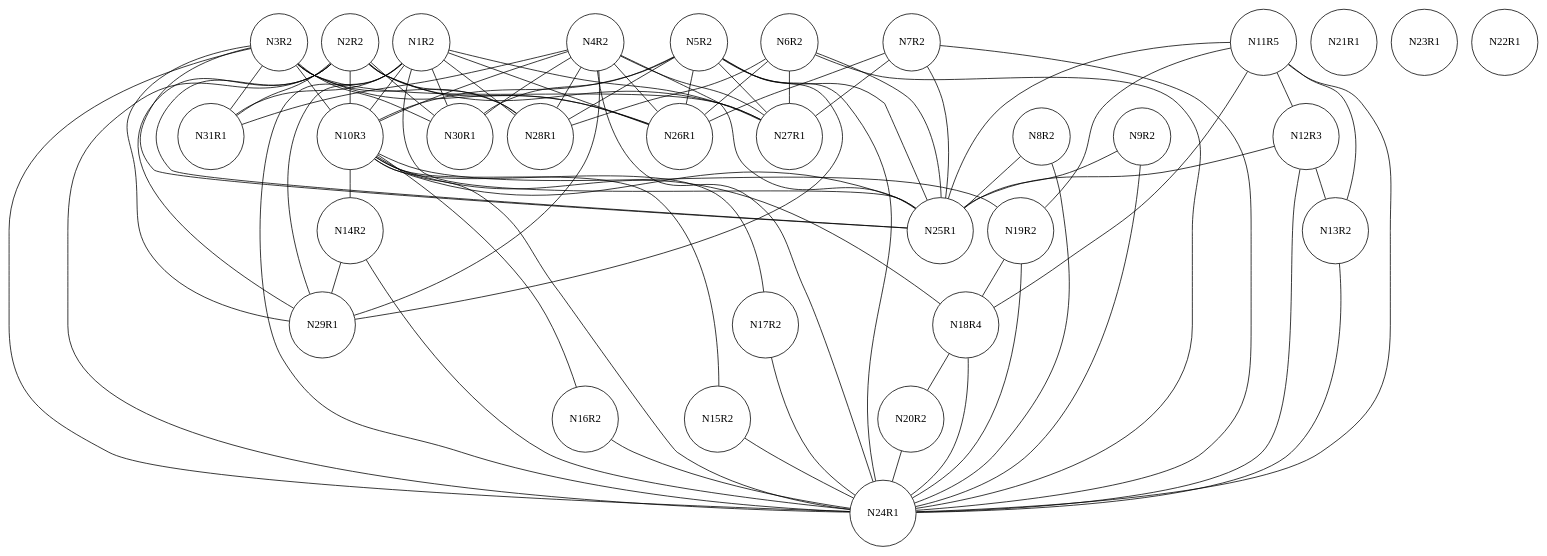
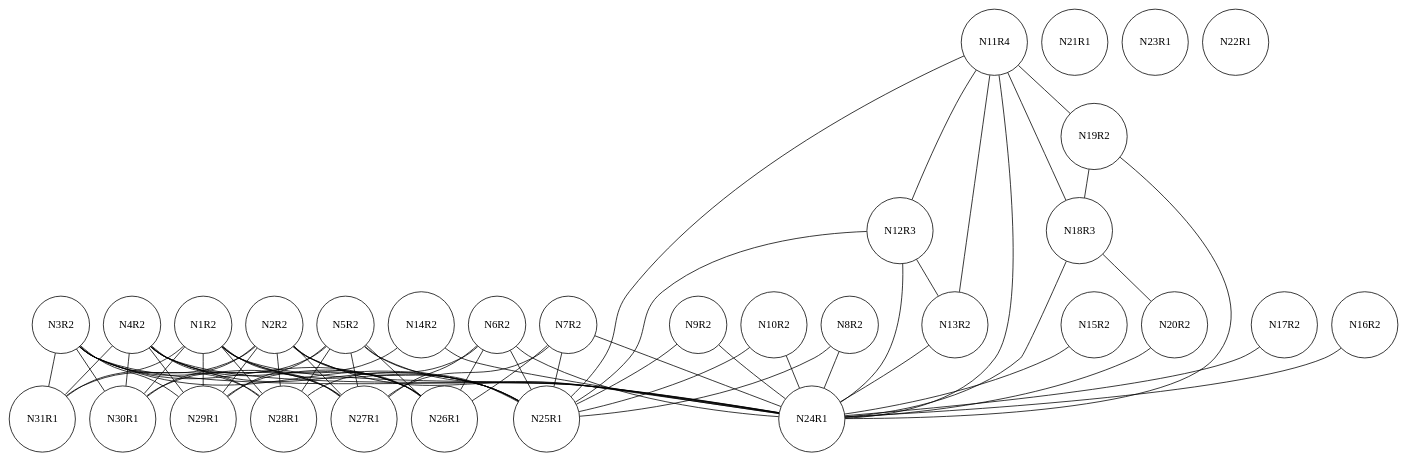
One commit to chris-wood/PL241-Compiler changed the diagram in project/test009.txt.ig.dot. Above: the diagram before and after it, drawn with Graphviz. The commit also changed 19 other files, not shown here.

```diff
--- a/project/test009.txt.ig.dot
+++ b/project/test009.txt.ig.dot
@@ -1,119 +1,108 @@
 graph ig {
     node [shape = circle];
     N1R2;
     N2R2;
     N3R2;
     N4R2;
     N5R2;
     N6R2;
     N7R2;
     N8R2;
     N9R2;
-    N10R3;
-    N11R5;
+    N10R2;
+    N11R4;
     N12R3;
     N13R2;
     N14R2;
     N15R2;
     N17R2;
     N16R2;
     N19R2;
-    N18R4;
+    N18R3;
     N21R1;
     N20R2;
     N23R1;
     N22R1;
     N25R1;
     N24R1;
     N27R1;
     N26R1;
     N29R1;
     N28R1;
     N31R1;
     N30R1;
     N1R2 -- N26R1;
     N1R2 -- N28R1;
     N1R2 -- N30R1;
     N1R2 -- N29R1;
     N1R2 -- N31R1;
     N1R2 -- N27R1;
     N1R2 -- N24R1;
     N1R2 -- N25R1;
-    N1R2 -- N10R3;
     N2R2 -- N26R1;
     N2R2 -- N28R1;
     N2R2 -- N30R1;
     N2R2 -- N29R1;
     N2R2 -- N31R1;
     N2R2 -- N27R1;
     N2R2 -- N24R1;
     N2R2 -- N25R1;
-    N2R2 -- N10R3;
     N3R2 -- N26R1;
     N3R2 -- N28R1;
     N3R2 -- N30R1;
     N3R2 -- N29R1;
     N3R2 -- N31R1;
     N3R2 -- N27R1;
     N3R2 -- N24R1;
     N3R2 -- N25R1;
-    N3R2 -- N10R3;
     N4R2 -- N26R1;
     N4R2 -- N28R1;
     N4R2 -- N30R1;
     N4R2 -- N29R1;
     N4R2 -- N31R1;
     N4R2 -- N27R1;
     N4R2 -- N24R1;
     N4R2 -- N25R1;
-    N4R2 -- N10R3;
     N5R2 -- N26R1;
     N5R2 -- N25R1;
     N5R2 -- N28R1;
     N5R2 -- N30R1;
     N5R2 -- N29R1;
     N5R2 -- N27R1;
     N5R2 -- N24R1;
-    N5R2 -- N10R3;
     N6R2 -- N26R1;
     N6R2 -- N25R1;
     N6R2 -- N28R1;
     N6R2 -- N27R1;
     N6R2 -- N24R1;
     N7R2 -- N26R1;
     N7R2 -- N25R1;
     N7R2 -- N27R1;
     N7R2 -- N24R1;
     N8R2 -- N25R1;
     N8R2 -- N24R1;
     N9R2 -- N25R1;
     N9R2 -- N24R1;
-    N10R3 -- N25R1;
-    N10R3 -- N24R1;
-    N10R3 -- N18R4;
-    N10R3 -- N19R2;
-    N10R3 -- N16R2;
-    N10R3 -- N17R2;
-    N10R3 -- N15R2;
-    N10R3 -- N14R2;
-    N11R5 -- N19R2;
-    N11R5 -- N18R4;
-    N11R5 -- N13R2;
-    N11R5 -- N12R3;
-    N11R5 -- N25R1;
-    N11R5 -- N24R1;
+    N10R2 -- N25R1;
+    N10R2 -- N24R1;
+    N11R4 -- N19R2;
+    N11R4 -- N18R3;
+    N11R4 -- N13R2;
+    N11R4 -- N12R3;
+    N11R4 -- N25R1;
+    N11R4 -- N24R1;
     N12R3 -- N13R2;
     N12R3 -- N25R1;
     N12R3 -- N24R1;
     N13R2 -- N24R1;
     N14R2 -- N29R1;
     N14R2 -- N24R1;
     N15R2 -- N24R1;
     N17R2 -- N24R1;
     N16R2 -- N24R1;
-    N19R2 -- N18R4;
+    N19R2 -- N18R3;
     N19R2 -- N24R1;
-    N18R4 -- N20R2;
-    N18R4 -- N24R1;
+    N18R3 -- N20R2;
+    N18R3 -- N24R1;
     N20R2 -- N24R1;
 }
```
